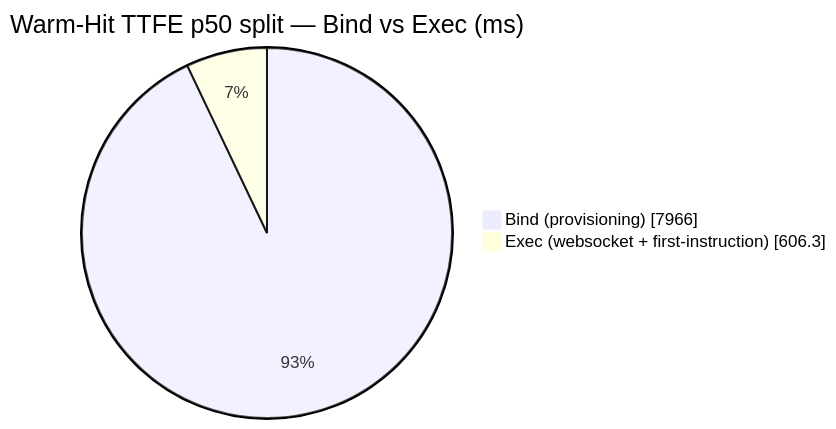
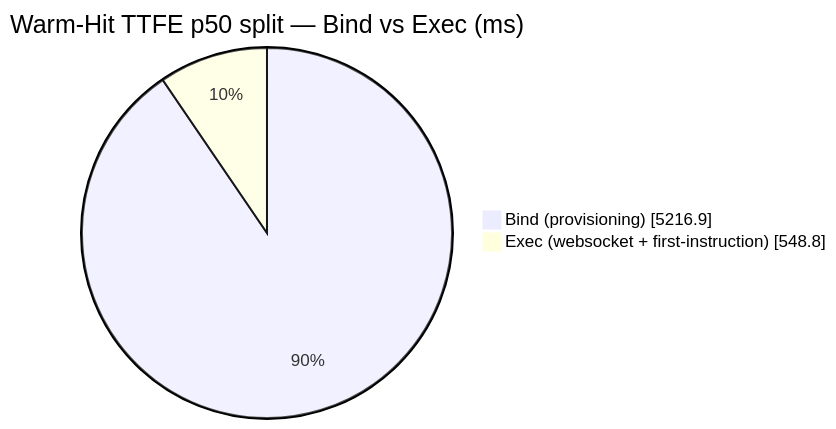
Before and after one commit to AlexBulankou/honest-bench: the diagram in DETAILS.md, drawn with Mermaid. The commit also changed other lines of this file and 4 other files, not shown here.

````diff
--- a/DETAILS.md
+++ b/DETAILS.md
@@ -127,6 +128,6 @@
 ```mermaid
 pie showData
     title Warm-Hit TTFE p50 split — Bind vs Exec (ms)
-    "Bind (provisioning)" : 7966.0
-    "Exec (websocket + first-instruction)" : 606.3
+    "Bind (provisioning)" : 5216.9
+    "Exec (websocket + first-instruction)" : 548.8
 ```
````
